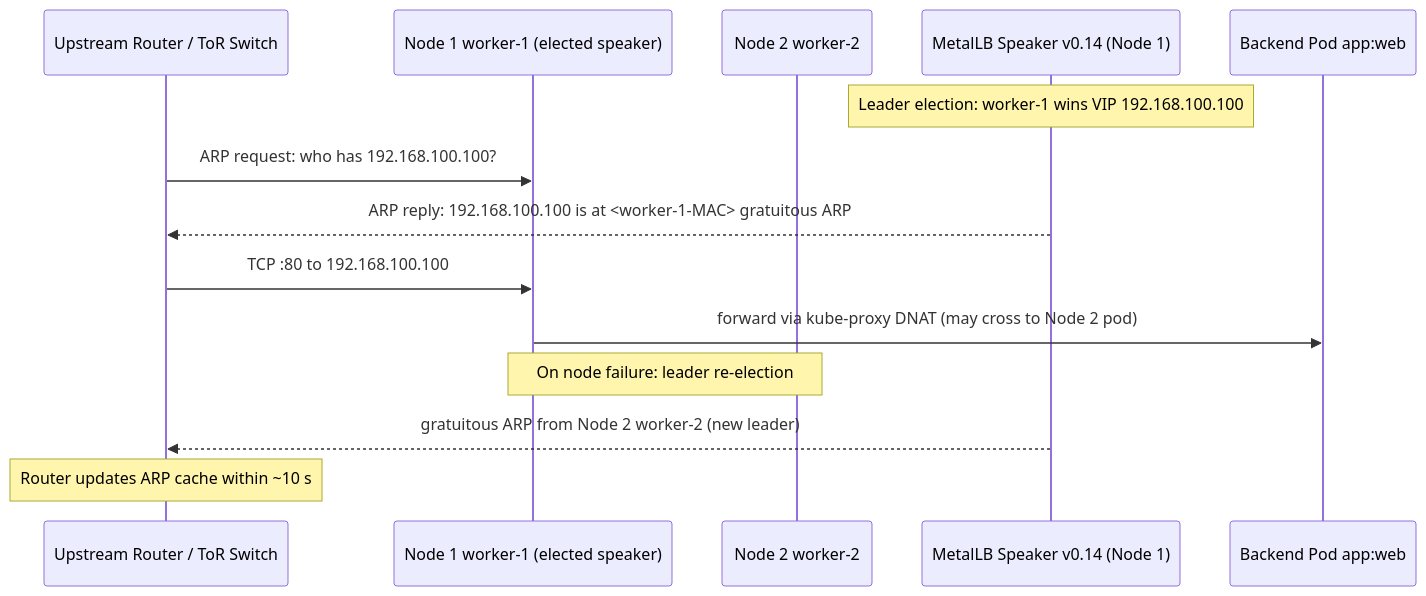
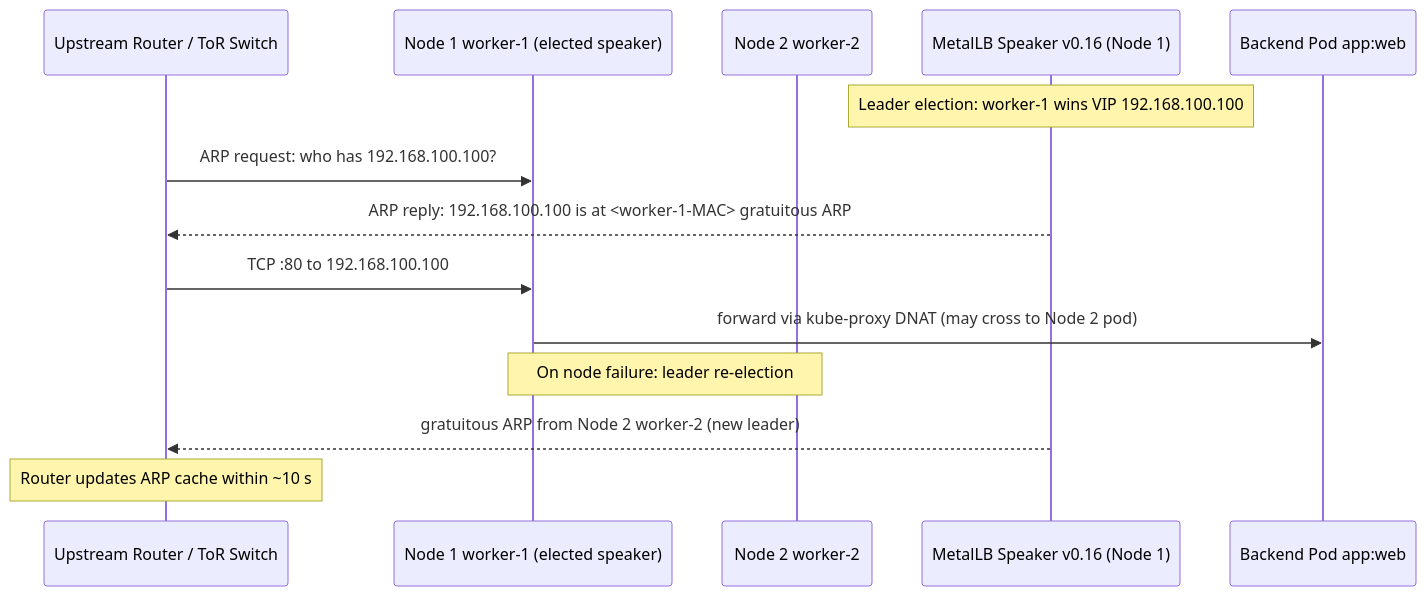
One commit to MykolaLebid/Kubernetes_networking_engineering changed the second of 2 diagrams in lessons/19-metallb-kube-vip.md. Above: the diagram before and after it, drawn with Mermaid. The commit also changed other lines of this file and 19 other files, not shown here.

````diff
--- a/lessons/19-metallb-kube-vip.md
+++ b/lessons/19-metallb-kube-vip.md
@@ -74,19 +74,19 @@
 ```mermaid
 sequenceDiagram
     participant Router as Upstream Router / ToR Switch
     participant Node1 as Node 1 worker-1 (elected speaker)
     participant Node2 as Node 2 worker-2
-    participant Spk as MetalLB Speaker v0.14 (Node 1)
+    participant Spk as MetalLB Speaker v0.16 (Node 1)
     participant Pod as Backend Pod app:web
 
     Note over Spk: Leader election: worker-1 wins VIP 192.168.100.100
 
     Router->>Node1: ARP request: who has 192.168.100.100?
     Spk-->>Router: ARP reply: 192.168.100.100 is at <worker-1-MAC> gratuitous ARP
     Router->>Node1: TCP :80 to 192.168.100.100
     Node1->>Pod: forward via kube-proxy DNAT (may cross to Node 2 pod)
 
     Note over Node1,Node2: On node failure: leader re-election
     Spk-->>Router: gratuitous ARP from Node 2 worker-2 (new leader)
     Note over Router: Router updates ARP cache within ~10 s
 ```
````
